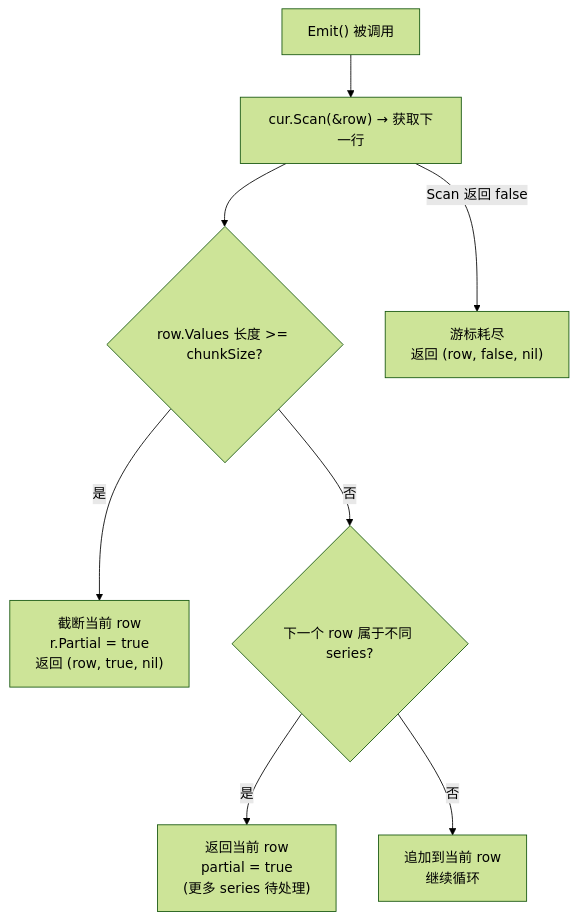
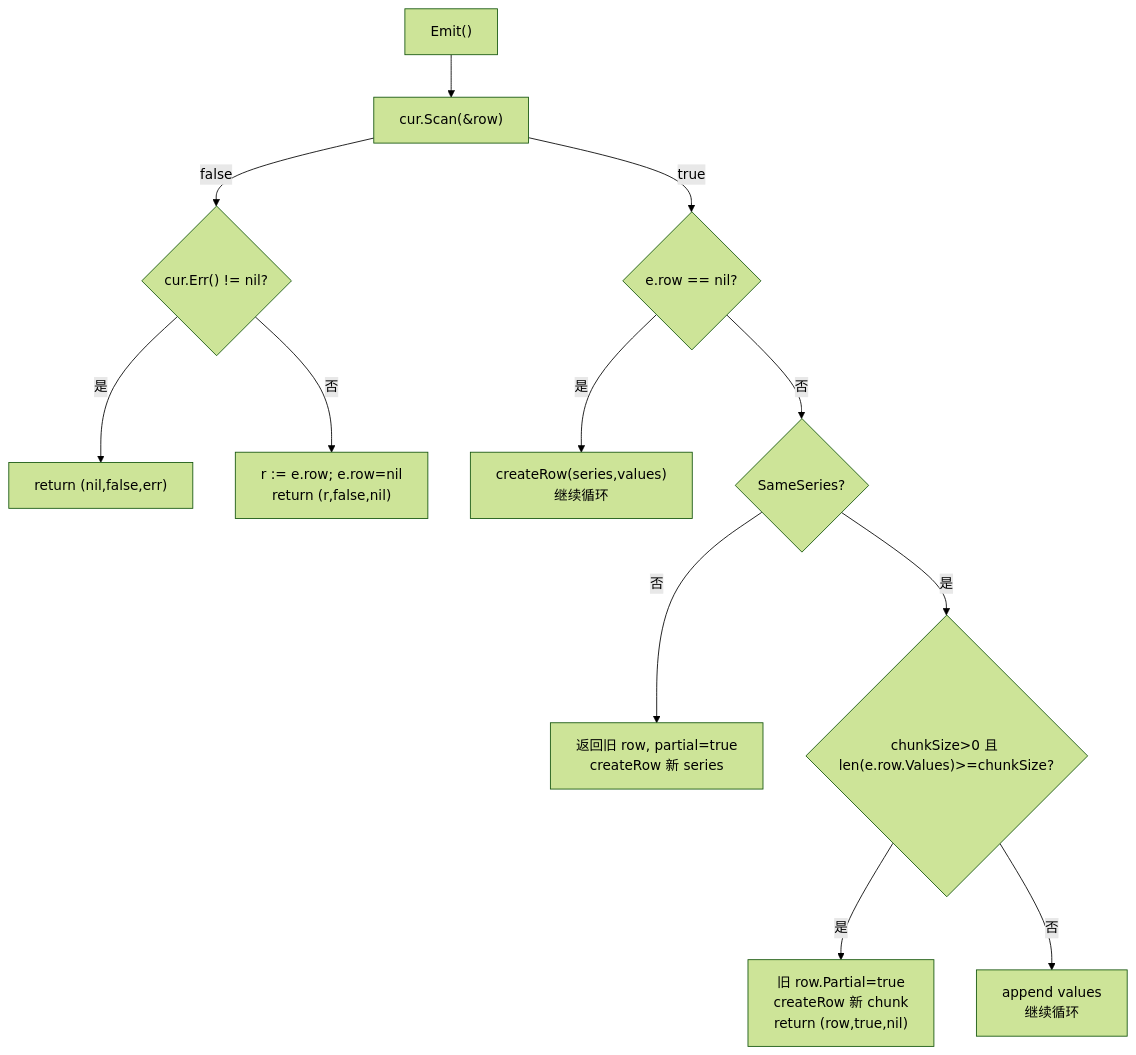
One commit to stefanv5/influxdb changed diagram 12 of 15 in docs/specs/11_influxql_execution_spec.md. Above: the diagram before and after it, drawn with Mermaid (forest theme). The commit also changed other lines of this file and 16 other files, not shown here.

First line of the commit message:
docs: correct and deepen the 17 architecture specs

````diff
--- a/docs/specs/11_influxql_execution_spec.md
+++ b/docs/specs/11_influxql_execution_spec.md
@@ -1938,10 +2340,14 @@
 ```mermaid
 flowchart TD
-    A["Emit() 被调用"] --> B["cur.Scan(&row) → 获取下一行"]
-    B --> C{"row.Values 长度 >= chunkSize?"}
-    C -->|"是"| D["截断当前 row<br/>r.Partial = true<br/>返回 (row, true, nil)"]
-    C -->|"否"| E{"下一个 row 属于不同 series?"}
-    E -->|"是"| F["返回当前 row<br/>partial = true<br/>(更多 series 待处理)"]
-    E -->|"否"| G["追加到当前 row<br/>继续循环"]
-    B -->|"Scan 返回 false"| H["游标耗尽<br/>返回 (row, false, nil)"]
+    A["Emit()"] --> B["cur.Scan(&row)"]
+    B -->|"false"| C{"cur.Err() != nil?"}
+    C -->|"是"| D["return (nil,false,err)"]
+    C -->|"否"| E["r := e.row; e.row=nil<br/>return (r,false,nil)"]
+    B -->|"true"| F{"e.row == nil?"}
+    F -->|"是"| G["createRow(series,values)<br/>继续循环"]
+    F -->|"否"| H{"SameSeries?"}
+    H -->|"否"| I["返回旧 row, partial=true<br/>createRow 新 series"]
+    H -->|"是"| J{"chunkSize>0 且 len(e.row.Values)>=chunkSize?"}
+    J -->|"是"| K["旧 row.Partial=true<br/>createRow 新 chunk<br/>return (row,true,nil)"]
+    J -->|"否"| L["append values<br/>继续循环"]
 ```
````
